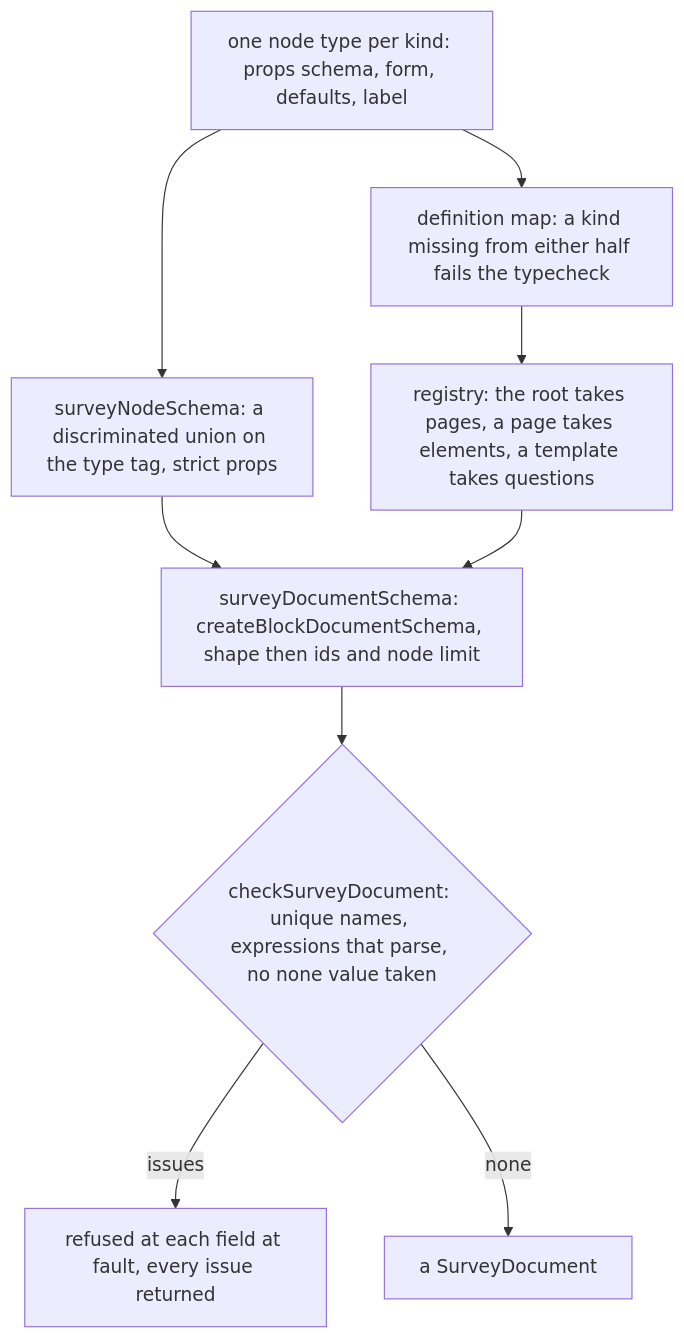
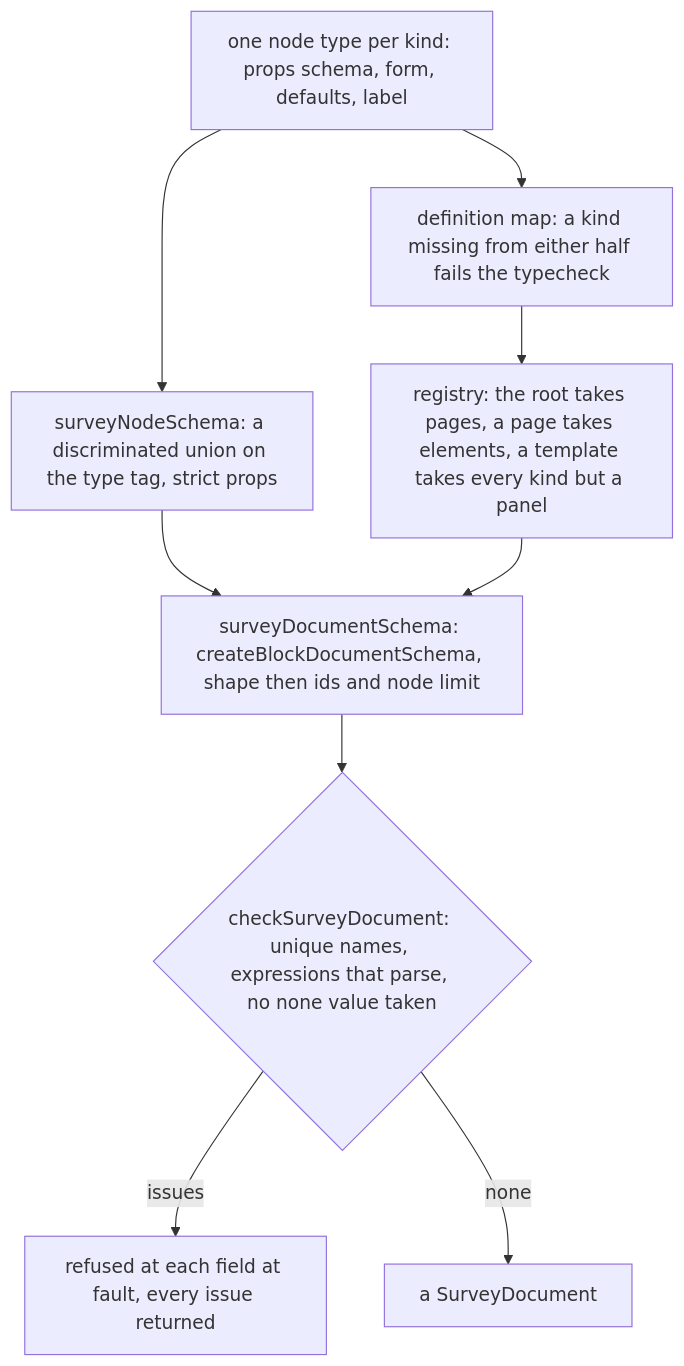
One commit to Esposter/Esposter changed the diagram in openspec/specs/resource/survey-document/design.md. Above: the diagram before and after it, drawn with Mermaid. The commit also changed other lines of this file and 29 other files, not shown here.

````diff
--- a/openspec/specs/resource/survey-document/design.md
+++ b/openspec/specs/resource/survey-document/design.md
@@ -9,11 +9,11 @@
 ```mermaid
 flowchart TD
   KIND["one node type per kind: props schema, form, defaults, label"] --> SCHEMA["surveyNodeSchema: a discriminated union on the type tag, strict props"]
   KIND --> MAP["definition map: a kind missing from either half fails the typecheck"]
-  MAP --> REG["registry: the root takes pages, a page takes elements, a template takes questions"]
+  MAP --> REG["registry: the root takes pages, a page takes elements, a template takes every kind but a panel"]
   SCHEMA --> DOC["surveyDocumentSchema: createBlockDocumentSchema, shape then ids and node limit"]
   REG --> DOC
   DOC --> CHECK{"checkSurveyDocument: unique names, expressions that parse, no none value taken"}
   CHECK -->|issues| REFUSE["refused at each field at fault, every issue returned"]
   CHECK -->|none| OK["a SurveyDocument"]
 ```
````
